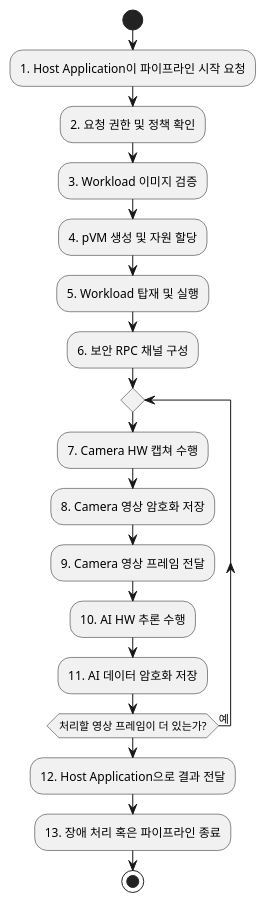
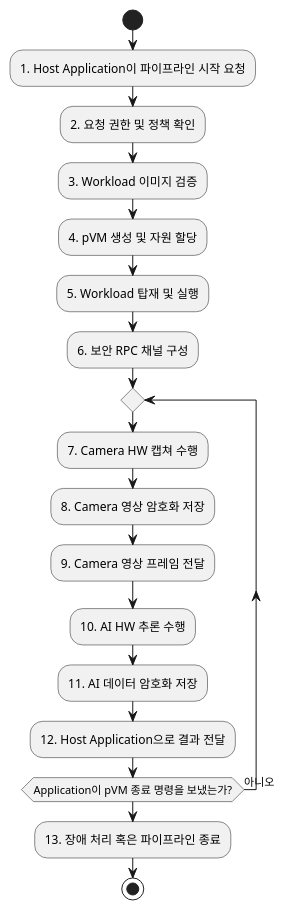
Before and after one commit to boram1288/test-p: the diagram in docs/99_reference_scenario_flow.md, drawn with PlantUML.

Commit message:
Update scenario loop termination condition

````diff
--- a/docs/99_reference_scenario_flow.md
+++ b/docs/99_reference_scenario_flow.md
@@ -25,21 +25,21 @@
 ```plantuml
 @startuml
 start
 :1. Host Application이 파이프라인 시작 요청;
 :2. 요청 권한 및 정책 확인;
 :3. Workload 이미지 검증;
 :4. pVM 생성 및 자원 할당;
 :5. Workload 탑재 및 실행;
 :6. 보안 RPC 채널 구성;
 repeat
   :7. Camera HW 캡쳐 수행;
   :8. Camera 영상 암호화 저장;
   :9. Camera 영상 프레임 전달;
   :10. AI HW 추론 수행;
   :11. AI 데이터 암호화 저장;
-repeat while (처리할 영상 프레임이 더 있는가?) is (예)
-:12. Host Application으로 결과 전달;
+  :12. Host Application으로 결과 전달;
+repeat while (Application이 pVM 종료 명령을 보냈는가?) is (아니오)
 :13. 장애 처리 혹은 파이프라인 종료;
 stop
 @enduml
 ```
````
